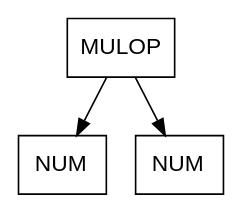
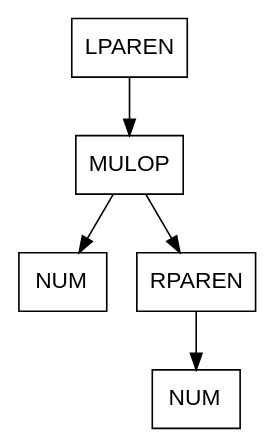
Before and after one commit to WalterIrvin/Compiler_Project: the diagram in Typescript_Compiler/actual.dot, drawn with Graphviz. The commit also changed 4 other files, not shown here.

```diff
--- a/Typescript_Compiler/actual.dot
+++ b/Typescript_Compiler/actual.dot
@@ -1,8 +1,12 @@
 digraph d{
 node [fontname="Helvetica",shape=box];
-n0 [label=<MULOP>];
-n1 [label=<NUM>];
+n0 [label=<LPAREN>];
+n1 [label=<MULOP>];
 n2 [label=<NUM>];
+n3 [label=<RPAREN>];
+n4 [label=<NUM>];
 n0 -> n1;
-n0 -> n2;
+n1 -> n2;
+n1 -> n3;
+n3 -> n4;
 }
```
